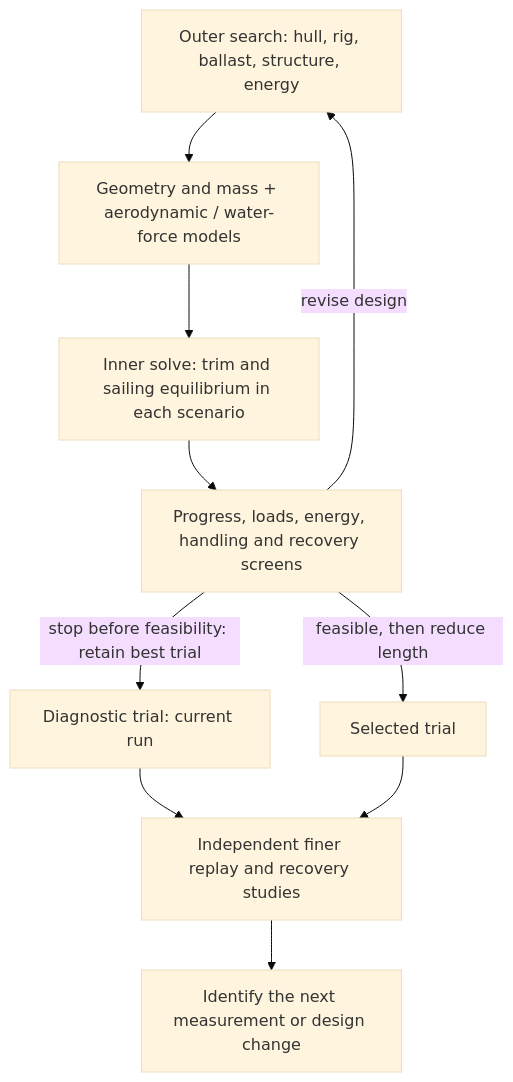
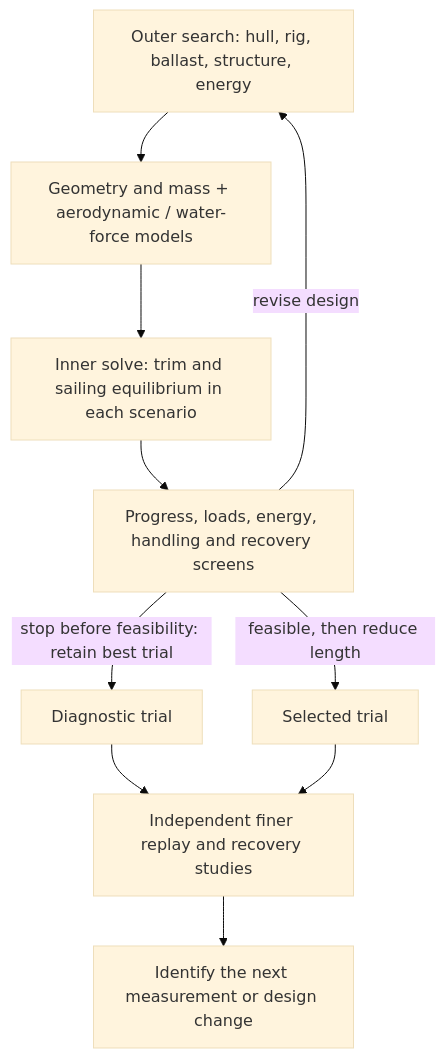
Before and after one commit to DavidIngraham/sv-blue-dog: the diagram in docs/sizing.md, drawn with Mermaid (base theme). The commit also changed other lines of this file and 27 other files, not shown here.

Commit message:
Publish current Gorge sizing run and replace superseded study narrative

````diff
--- a/docs/sizing.md
+++ b/docs/sizing.md
@@ -11,14 +11,14 @@
 ```mermaid
 flowchart TB
     accTitle: How the sizing study makes a candidate
     accDescr: The outer search changes the design. For each design, geometry and mass feed an inner operating solve. Constraint failures send the outer search back to a revised design. Independent replay and recovery challenge the selected trial.
     design["Outer search: hull, rig, ballast, structure, energy"] --> physics["Geometry and mass + aerodynamic / water-force models"]
     physics --> operating["Inner solve: trim and sailing equilibrium in each scenario"]
     operating --> screens["Progress, loads, energy, handling and recovery screens"]
     screens -->|revise design| design
     screens -->|feasible, then reduce length| trial["Selected trial"]
-    screens -->|stop before feasibility: retain best trial| diagnosis["Diagnostic trial: current run"]
+    screens -->|stop before feasibility: retain best trial| diagnosis["Diagnostic trial"]
     diagnosis --> replay
     trial --> replay["Independent finer replay and recovery studies"]
     replay --> experiment["Identify the next measurement or design change"]
 ```
````
